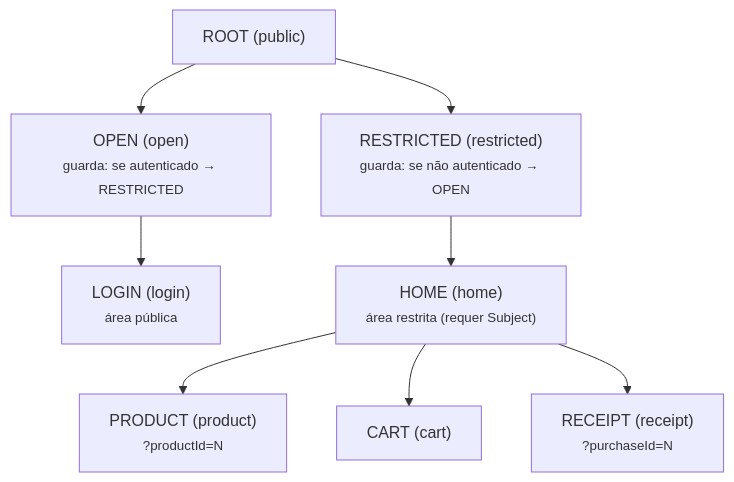
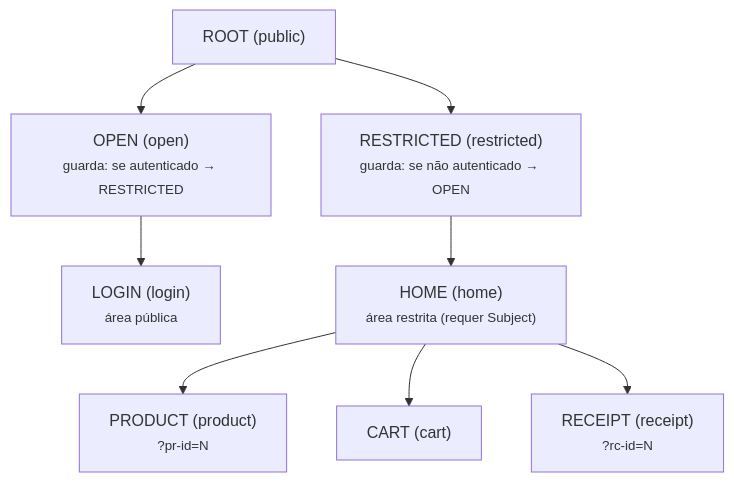
The second of 3 diagrams in fontes/br.com.wdc.shopping/br.com.wdc.shopping.presentation/README.md (mrcdom/wdc-cube-java-v2), drawn with Mermaid before and after one commit. The commit also changed other lines of this file and 36 other files, not shown here.

````diff
--- a/fontes/br.com.wdc.shopping/br.com.wdc.shopping.presentation/README.md
+++ b/fontes/br.com.wdc.shopping/br.com.wdc.shopping.presentation/README.md
@@ -71,11 +69,11 @@
 ```mermaid
 graph TD
     ROOT["ROOT (public)"]
     ROOT --> OPEN["OPEN (open)<br/><small>guarda: se autenticado → RESTRICTED</small>"]
     ROOT --> RESTRICTED["RESTRICTED (restricted)<br/><small>guarda: se não autenticado → OPEN</small>"]
     OPEN --> LOGIN["LOGIN (login)<br/><small>área pública</small>"]
     RESTRICTED --> HOME["HOME (home)<br/><small>área restrita (requer Subject)</small>"]
-    HOME --> PRODUCT["PRODUCT (product)<br/><small>?productId=N</small>"]
+    HOME --> PRODUCT["PRODUCT (product)<br/><small>?pr-id=N</small>"]
     HOME --> CART["CART (cart)"]
-    HOME --> RECEIPT["RECEIPT (receipt)<br/><small>?purchaseId=N</small>"]
+    HOME --> RECEIPT["RECEIPT (receipt)<br/><small>?rc-id=N</small>"]
 ```
````
